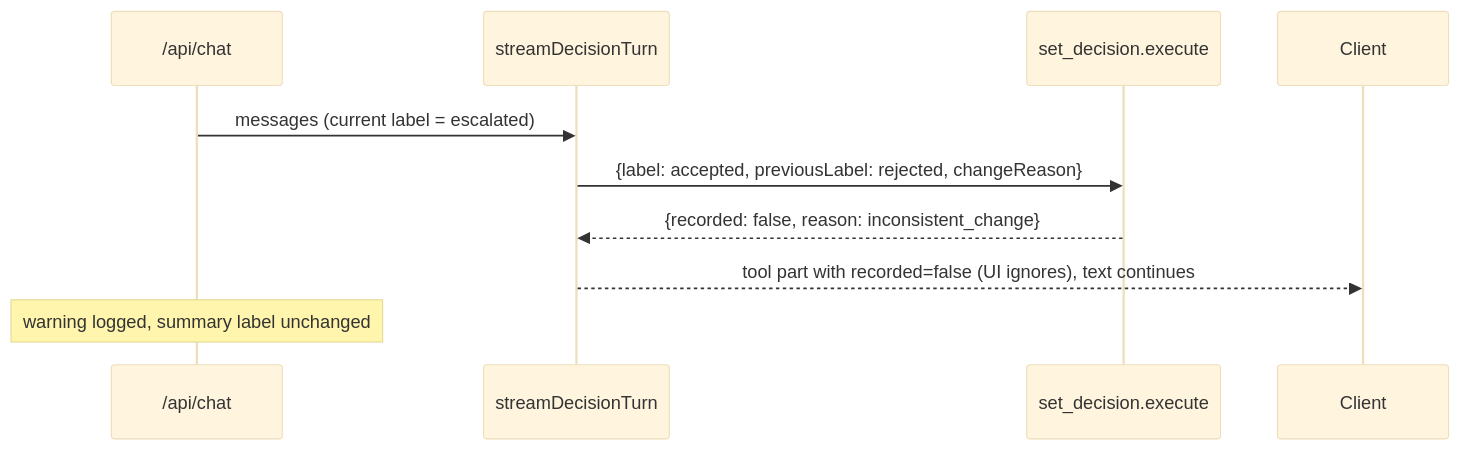
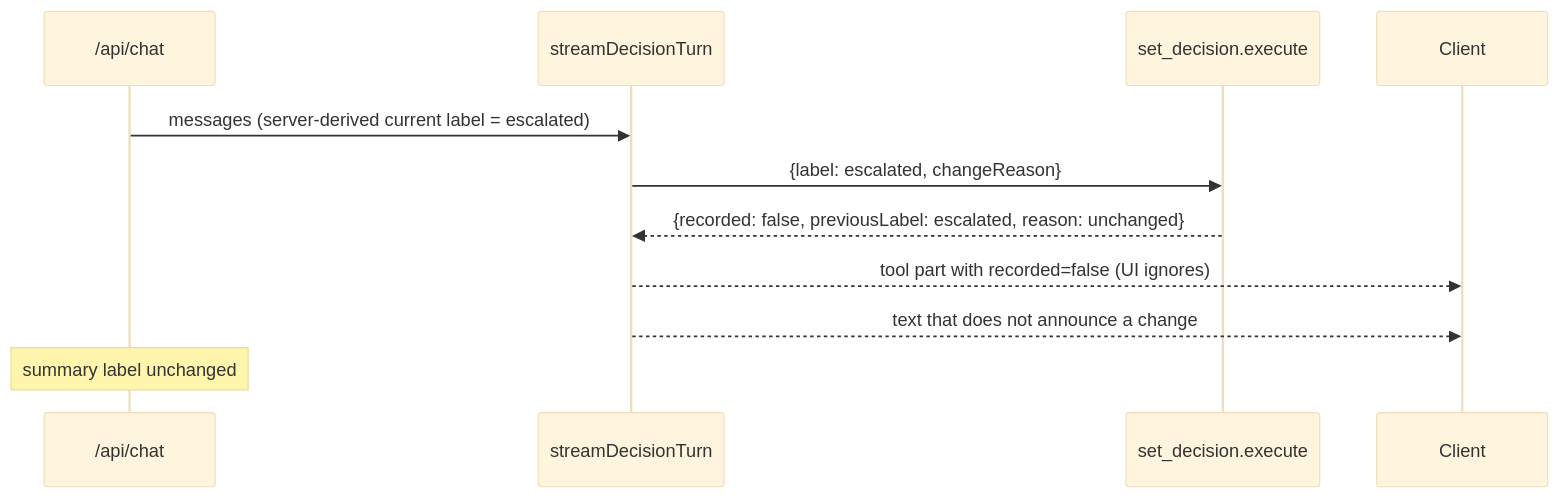
One commit to LucasMatuszewski/jsystems-claude-code-2026-10 changed the fourth of 4 diagrams in docs/ADR/002-ai-integration.md. Above: the diagram before and after it, drawn with Mermaid (base theme). The commit also changed other lines of this file and 4 other files, not shown here.

````diff
--- a/docs/ADR/002-ai-integration.md
+++ b/docs/ADR/002-ai-integration.md
@@ -361,13 +361,14 @@
 ```mermaid
 sequenceDiagram
     participant R as /api/chat
     participant DA as streamDecisionTurn
     participant T as set_decision.execute
     participant C as Client
 
-    R->>DA: messages (current label = escalated)
-    DA->>T: {label: accepted, previousLabel: rejected, changeReason}
-    T-->>DA: {recorded: false, reason: inconsistent_change}
-    DA-->>C: tool part with recorded=false (UI ignores), text continues
-    Note over R: warning logged, summary label unchanged
+    R->>DA: messages (server-derived current label = escalated)
+    DA->>T: {label: escalated, changeReason}
+    T-->>DA: {recorded: false, previousLabel: escalated, reason: unchanged}
+    DA-->>C: tool part with recorded=false (UI ignores)
+    DA-->>C: text that does not announce a change
+    Note over R: summary label unchanged
 ```
````
